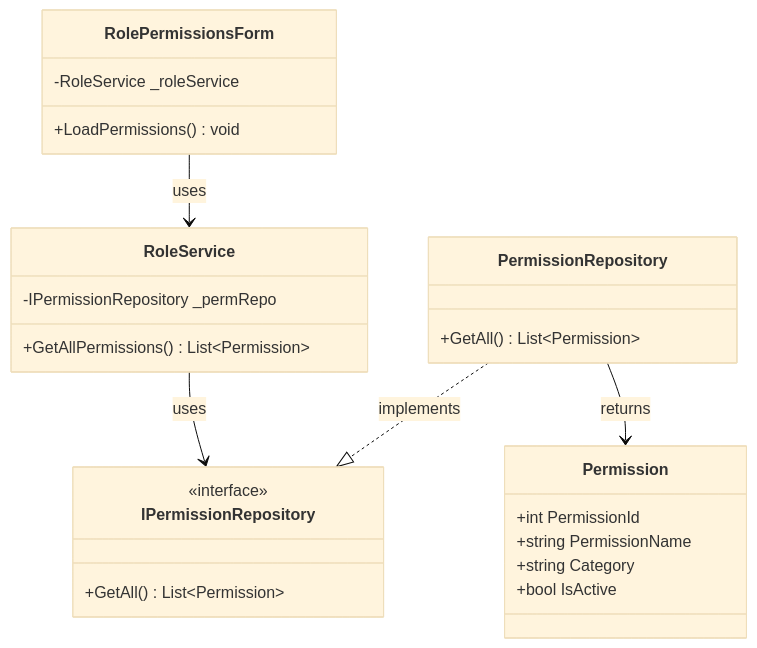
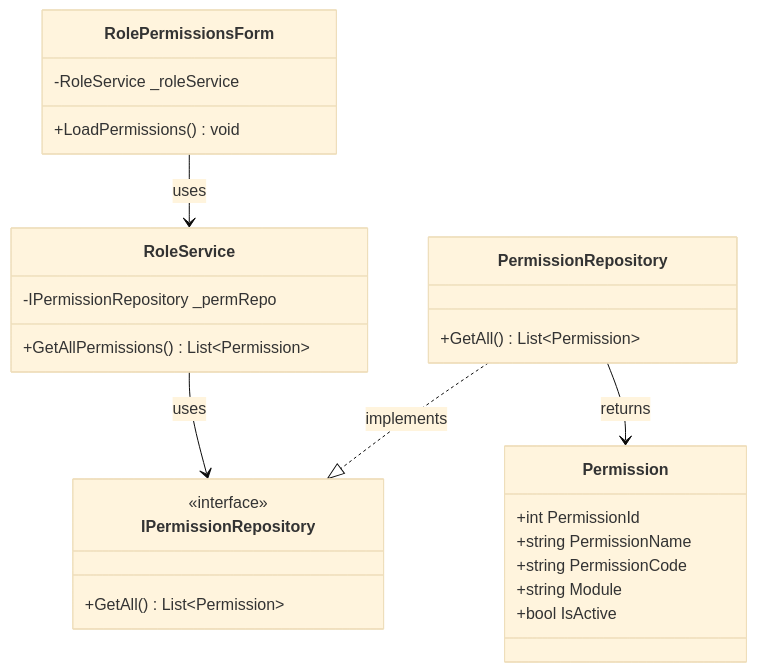
The fifth of 13 diagrams in Documentation/UML_Diagrams/11_Role_Permissions_Process_Class_Diagram.md (nahuk86/tp_diploma_nk_2026), drawn with Mermaid (base theme) before and after one commit. The commit also changed other lines of this file and 4 other files, not shown here.

Commit message:
Update UML diagrams 08-12 to reflect actual implementation

````diff
--- a/Documentation/UML_Diagrams/11_Role_Permissions_Process_Class_Diagram.md
+++ b/Documentation/UML_Diagrams/11_Role_Permissions_Process_Class_Diagram.md
@@ -219,33 +221,34 @@
 ```mermaid
 classDiagram
     class RolePermissionsForm {
         -RoleService _roleService
         +LoadPermissions() void
     }
 
     class RoleService {
         -IPermissionRepository _permRepo
         +GetAllPermissions() List~Permission~
     }
 
     class IPermissionRepository {
         <<interface>>
         +GetAll() List~Permission~
     }
 
     class PermissionRepository {
         +GetAll() List~Permission~
     }
 
     class Permission {
         +int PermissionId
         +string PermissionName
-        +string Category
+        +string PermissionCode
+        +string Module
         +bool IsActive
     }
 
     RolePermissionsForm --> RoleService : uses
     RoleService --> IPermissionRepository : uses
     PermissionRepository ..|> IPermissionRepository : implements
     PermissionRepository --> Permission : returns
 ```
````
